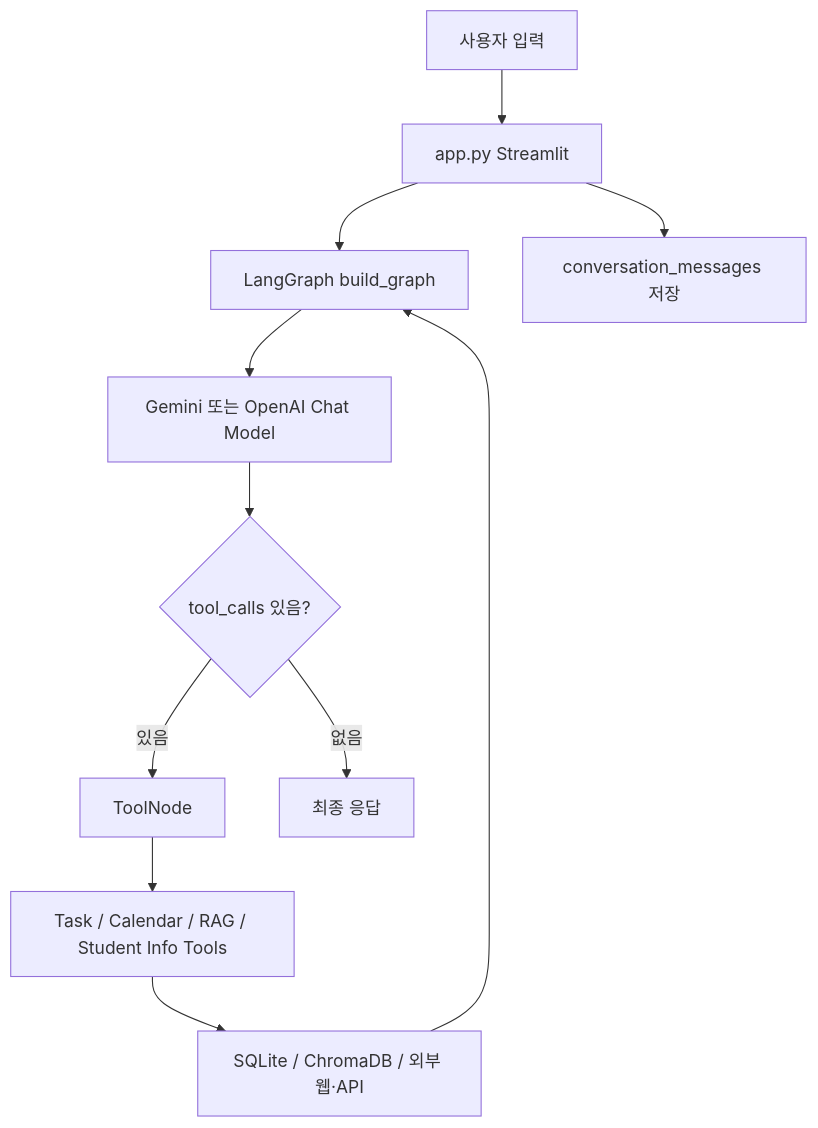
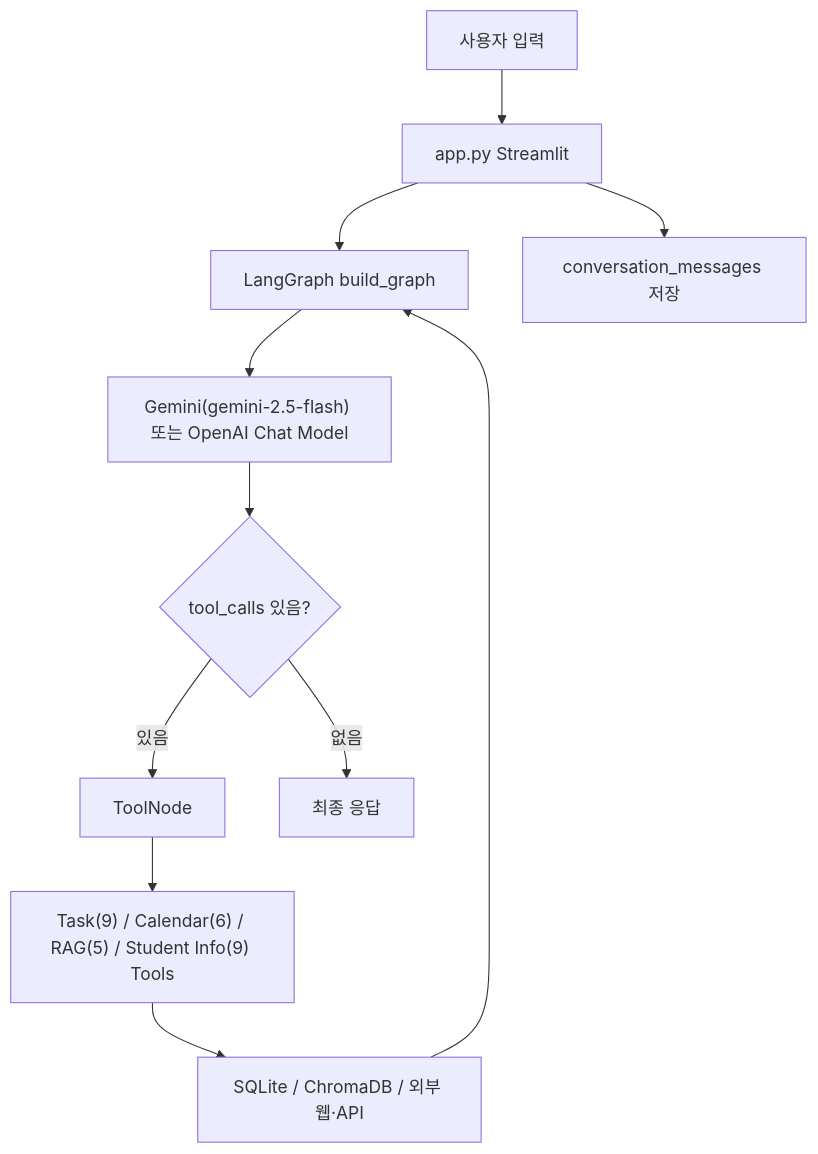
Before and after one commit to k-taewook/CampusAgent: the diagram in md_file/research.md, drawn with Mermaid. The commit also changed other lines of this file, not shown here.

````diff
--- a/md_file/research.md
+++ b/md_file/research.md
@@ -130,13 +122,13 @@
 ```mermaid
 flowchart TD
     A["사용자 입력"] --> B["app.py Streamlit"]
     B --> C["LangGraph build_graph"]
-    C --> D["Gemini 또는 OpenAI Chat Model"]
+    C --> D["Gemini(gemini-2.5-flash) 또는 OpenAI Chat Model"]
     D --> E{"tool_calls 있음?"}
     E -- "있음" --> F["ToolNode"]
-    F --> G["Task / Calendar / RAG / Student Info Tools"]
+    F --> G["Task(9) / Calendar(6) / RAG(5) / Student Info(9) Tools"]
     G --> H["SQLite / ChromaDB / 외부 웹·API"]
     H --> C
     E -- "없음" --> I["최종 응답"]
     B --> J["conversation_messages 저장"]
 ```
````
